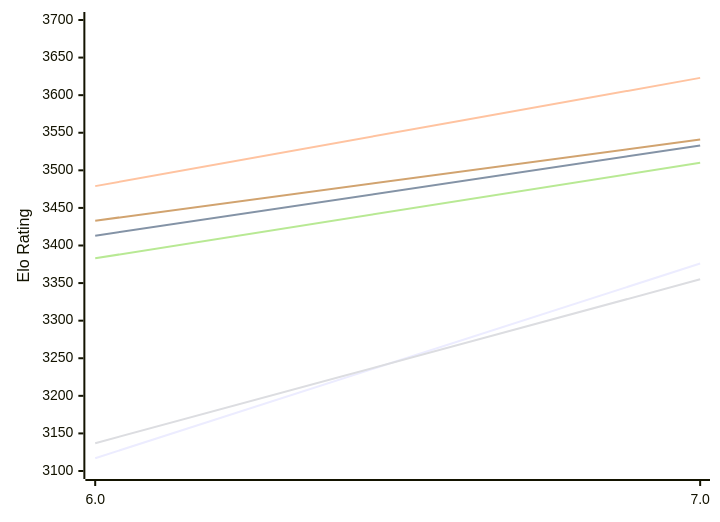
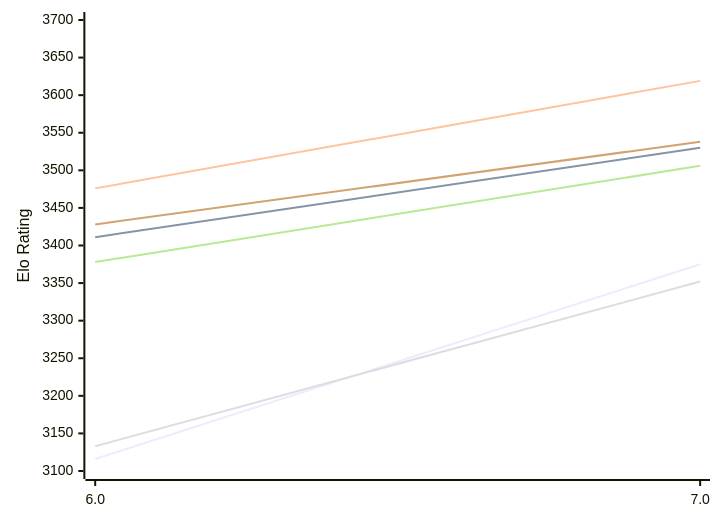
The first of 2 diagrams in engines/Devre.md (computer-chess-index/cci), drawn with Mermaid before and after one commit. The commit also changed other lines of this file, not shown here.

Commit message:
Update CCI Ratings (ELO VLTC) - 2026-11-19

````diff
--- a/engines/Devre.md
+++ b/engines/Devre.md
@@ -50,12 +50,12 @@
 ```mermaid
 %%{init: {"theme":"base","themeVariables":{"seriesColors:['#a3a3a3','#222221','#faa371']}}}%%
 xychart-beta
   x-axis ["6.0", "7.0"]
   y-axis "Elo Rating" 3100 --> 3700
-  line "E1: STC (8.0+0.08s)" [3117, 3376]
-  line "E1: LTC (60.0+0.60s)" [3413, 3533]
-  line "E1: VLTC (2m24s+1.12s)" [3479, 3623]
-  line "P1: STC (8.0+0.08s)" [3137, 3355]
-  line "P1: LTC (60.0+0.60s)" [3383, 3510]
-  line "P1: VLTC (2m24s+1.12s)" [3433, 3541]
+  line "E1: STC (8.0+0.08s)" [3116, 3375]
+  line "E1: LTC (60.0+0.60s)" [3411, 3530]
+  line "E1: VLTC (2m24s+1.12s)" [3476, 3619]
+  line "P1: STC (8.0+0.08s)" [3133, 3352]
+  line "P1: LTC (60.0+0.60s)" [3378, 3506]
+  line "P1: VLTC (2m24s+1.12s)" [3428, 3538]
 ```
````
